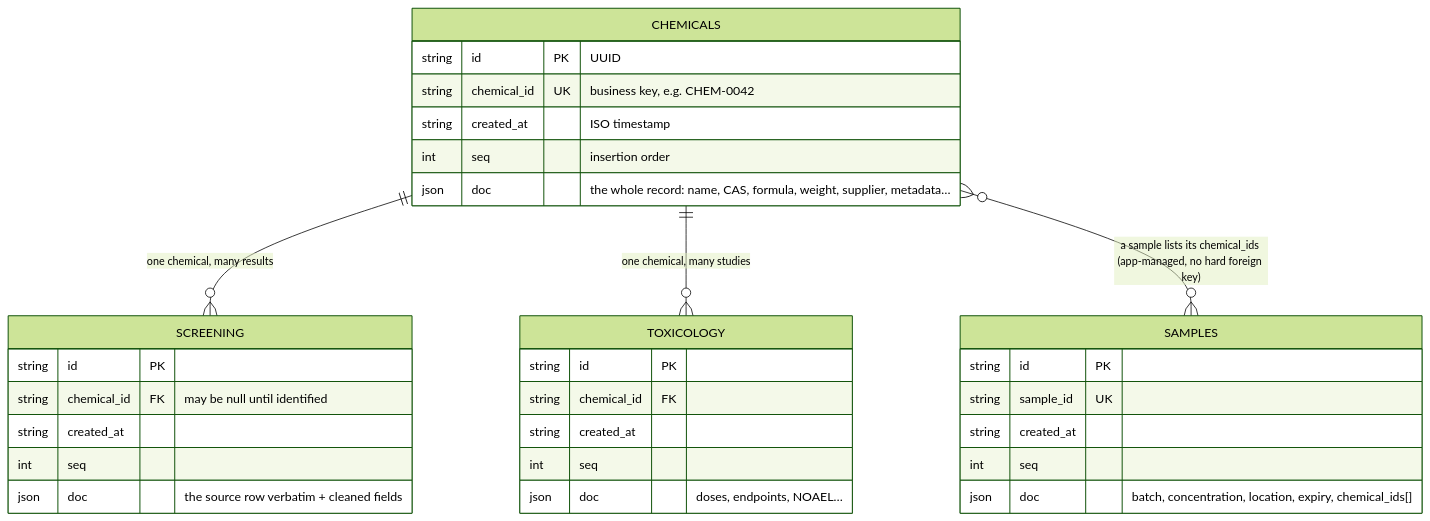
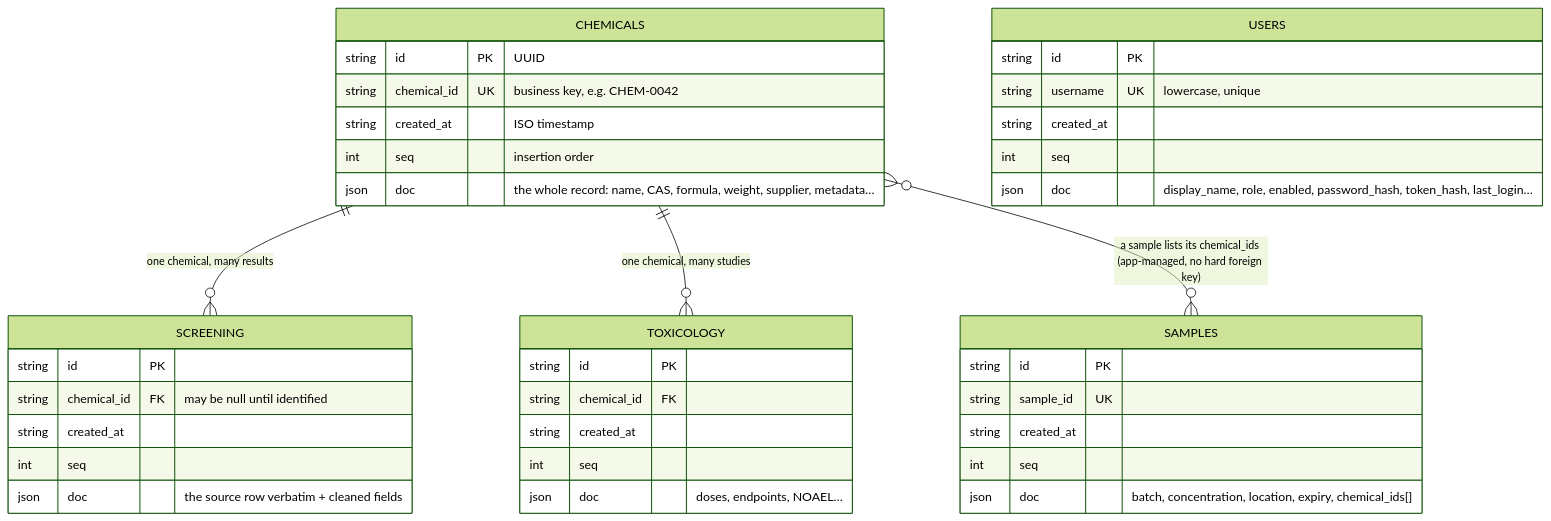
One commit to akannan2987/nr-nips-crucible changed the diagram in docs/02-database-schema.md. Above: the diagram before and after it, drawn with Mermaid (forest theme). The commit also changed other lines of this file and 52 other files, not shown here.

````diff
--- a/docs/02-database-schema.md
+++ b/docs/02-database-schema.md
@@ -434,34 +435,41 @@
 ```mermaid
 erDiagram
     CHEMICALS {
         string id PK "UUID"
         string chemical_id UK "business key, e.g. CHEM-0042"
         string created_at "ISO timestamp"
         int seq "insertion order"
         json doc "the whole record: name, CAS, formula, weight, supplier, metadata…"
     }
     SAMPLES {
         string id PK
         string sample_id UK
         string created_at
         int seq
         json doc "batch, concentration, location, expiry, chemical_ids[]"
     }
     SCREENING {
         string id PK
         string chemical_id FK "may be null until identified"
         string created_at
         int seq
         json doc "the source row verbatim + cleaned fields"
     }
     TOXICOLOGY {
         string id PK
         string chemical_id FK
         string created_at
         int seq
         json doc "doses, endpoints, NOAEL…"
     }
+    USERS {
+        string id PK
+        string username UK "lowercase, unique"
+        string created_at
+        int seq
+        json doc "display_name, role, enabled, password_hash, token_hash, last_login…"
+    }
     CHEMICALS ||--o{ SCREENING : "one chemical, many results"
     CHEMICALS ||--o{ TOXICOLOGY : "one chemical, many studies"
     CHEMICALS }o--o{ SAMPLES : "a sample lists its chemical_ids (app-managed, no hard foreign key)"
 ```
````
